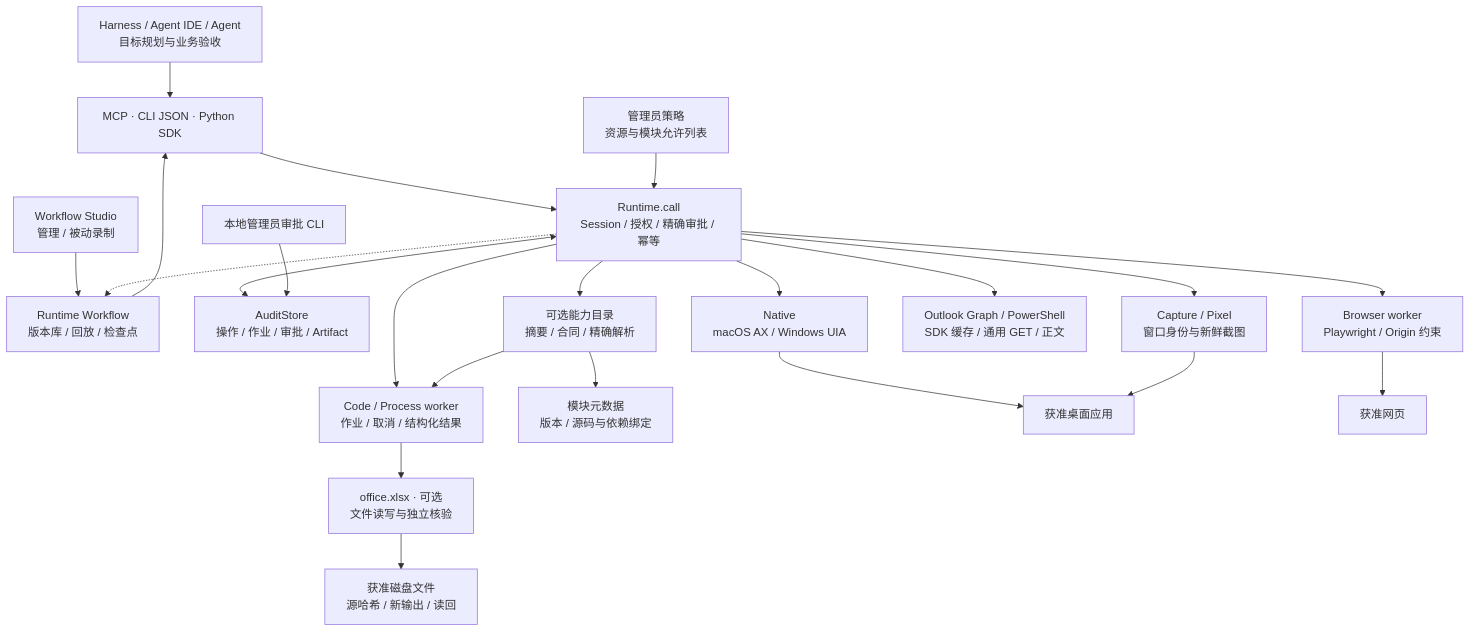
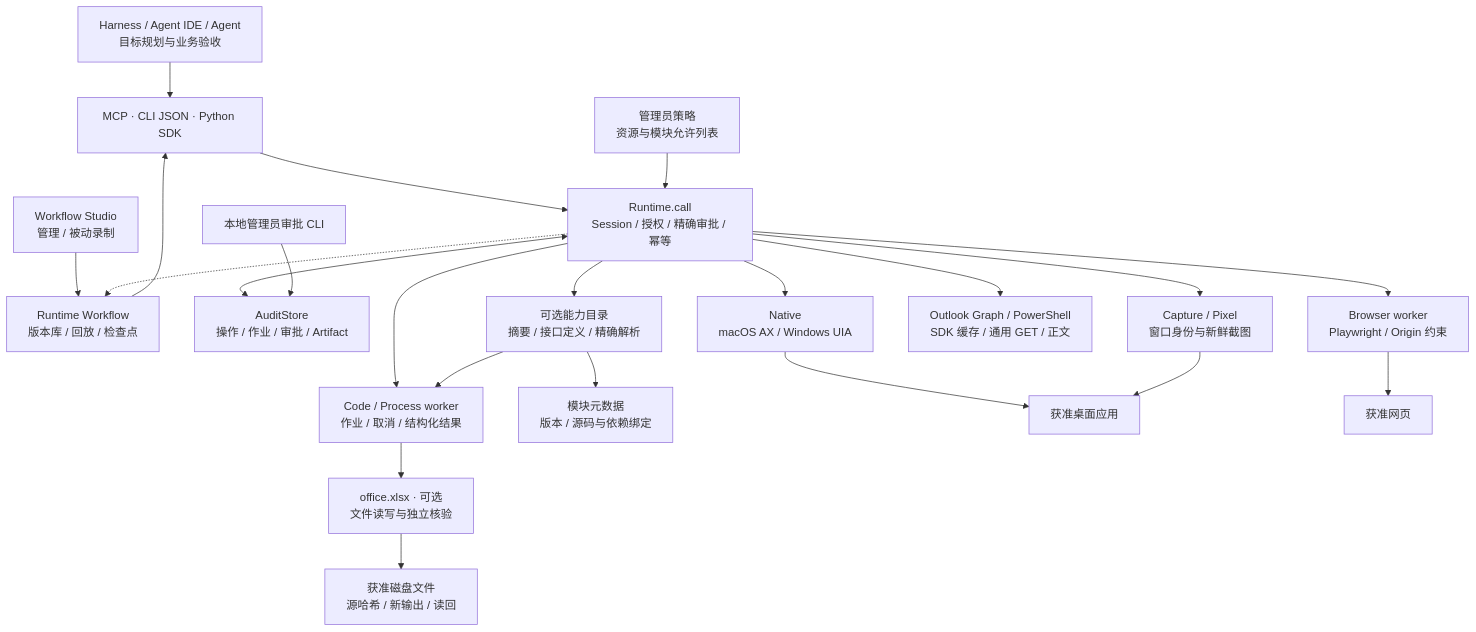
One commit to YeohsCode/Bokkio changed the first of 2 diagrams in wiki/summaries/architecture-map.md. Above: the diagram before and after it, drawn with Mermaid. The commit also changed other lines of this file and 165 other files, not shown here.

````diff
--- a/wiki/summaries/architecture-map.md
+++ b/wiki/summaries/architecture-map.md
@@ -23,24 +23,24 @@
 ```mermaid
 flowchart TB
     Caller["Harness / Agent IDE / Agent<br/>目标规划与业务验收"] --> API["MCP · CLI JSON · Python SDK"]
     Studio["Workflow Studio<br/>管理 / 被动录制"] --> WF["Runtime Workflow<br/>版本库 / 回放 / 检查点"]
     WF --> API
     API --> Core["Runtime.call<br/>Session / 授权 / 精确审批 / 幂等"]
     Policy["管理员策略<br/>资源与模块允许列表"] --> Core
     Core <--> Audit["AuditStore<br/>操作 / 作业 / 审批 / Artifact"]
     Admin["本地管理员审批 CLI"] --> Audit
     Core -.-> WF
     Core --> Native["Native<br/>macOS AX / Windows UIA"]
     Core --> Pixel["Capture / Pixel<br/>窗口身份与新鲜截图"]
     Core --> Browser["Browser worker<br/>Playwright / Origin 约束"]
     Core --> Graph["Outlook Graph / PowerShell<br/>SDK 缓存 / 通用 GET / 正文"]
     Core --> Jobs["Code / Process worker<br/>作业 / 取消 / 结构化结果"]
-    Core --> Registry["可选能力目录<br/>摘要 / 合同 / 精确解析"]
+    Core --> Registry["可选能力目录<br/>摘要 / 接口定义 / 精确解析"]
     Registry --> Meta["模块元数据<br/>版本 / 源码与依赖绑定"]
     Registry --> Jobs
     Jobs --> XLSX["office.xlsx · 可选<br/>文件读写与独立核验"]
     Native --> Apps["获准桌面应用"]
     Pixel --> Apps
     Browser --> Web["获准网页"]
     XLSX --> Files["获准磁盘文件<br/>源哈希 / 新输出 / 读回"]
 ```
````
